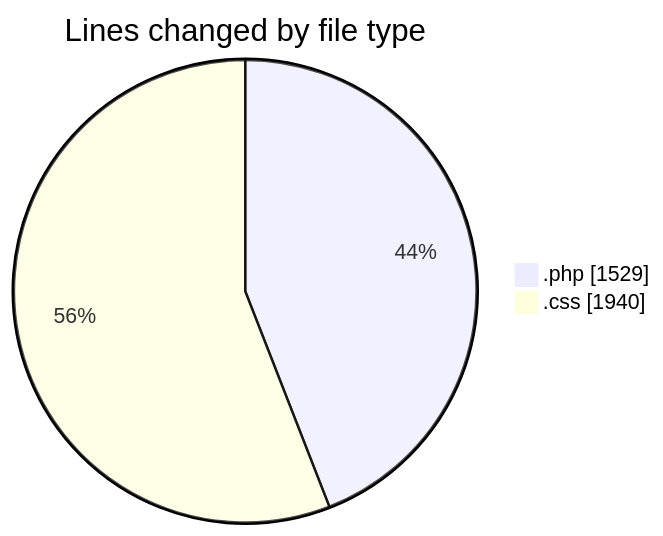
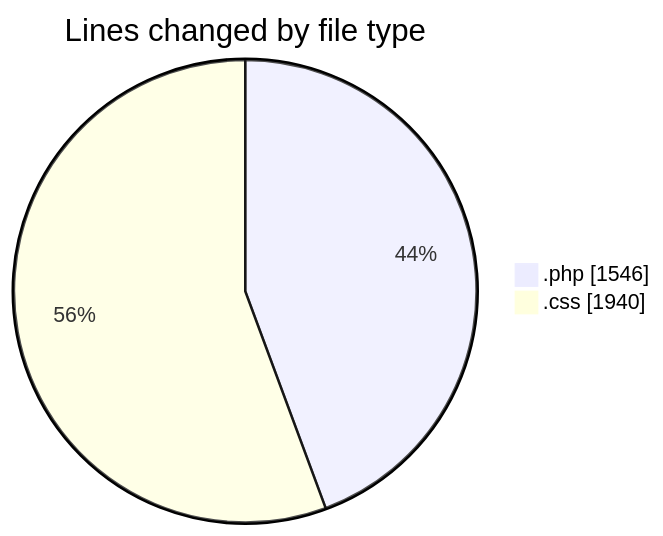
Before and after one commit to debugP/code-tracking: the first of 2 diagrams in 2025-10-23/untitled__workspace_/README.md, drawn with Mermaid. The commit also changed other lines of this file and 1 other file, not shown here.

````diff
--- a/2025-10-23/untitled__workspace_/README.md
+++ b/2025-10-23/untitled__workspace_/README.md
@@ -22,6 +22,6 @@
 ```mermaid
 pie showData
 title Lines changed by file type
-".php" : 1529
+".php" : 1546
 ".css" : 1940
 ```
````
